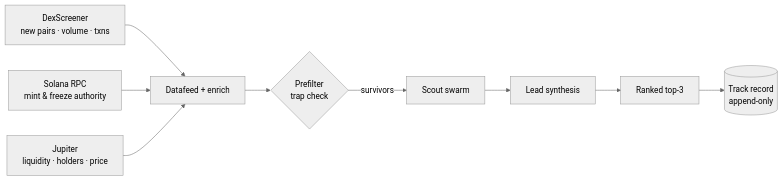
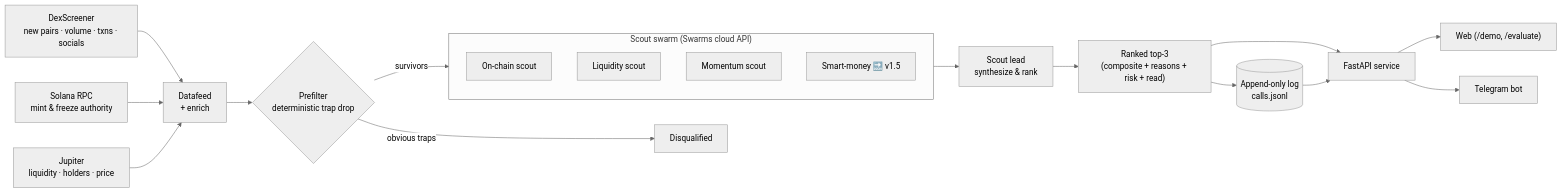
Before and after one commit to Enoch208/docs: the diagram in how-it-works.mdx, drawn with Mermaid (neutral theme). The commit also changed other lines of this file and 13 other files, not shown here.

````diff
--- a/how-it-works.mdx
+++ b/how-it-works.mdx
@@ -20,11 +10,23 @@
 ```mermaid
 flowchart LR
-    DS["DexScreener<br/>new pairs · volume · txns"] --> EN["Datafeed + enrich"]
+    DS["DexScreener<br/>new pairs · volume · txns · socials"] --> EN["Datafeed<br/>+ enrich"]
     RPC["Solana RPC<br/>mint &amp; freeze authority"] --> EN
     JUP["Jupiter<br/>liquidity · holders · price"] --> EN
-    EN --> PF{"Prefilter<br/>trap check"}
+    EN --> PF{"Prefilter<br/>deterministic trap drop"}
     PF -->|"survivors"| S["Scout swarm"]
-    S --> L["Lead synthesis"]
-    L --> R["Ranked top-3"]
-    R --> TR[("Track record<br/>append-only")]
+    PF -->|"obvious traps"| X["Disqualified"]
+    subgraph S["Scout swarm (Swarms cloud API)"]
+        direction TB
+        A1["On-chain scout"]
+        A2["Liquidity scout"]
+        A3["Momentum scout"]
+        A4["Smart-money 🔜 v1.5"]
+    end
+    S --> L["Scout lead<br/>synthesize &amp; rank"]
+    L --> R["Ranked top-3<br/>(composite + reasons + risk + read)"]
+    R --> TR[("Append-only log<br/>calls.jsonl")]
+    R --> API["FastAPI service"]
+    TR --> API
+    API --> WEB["Web (/demo, /evaluate)"]
+    API --> BOT["Telegram bot"]
 ```
````
